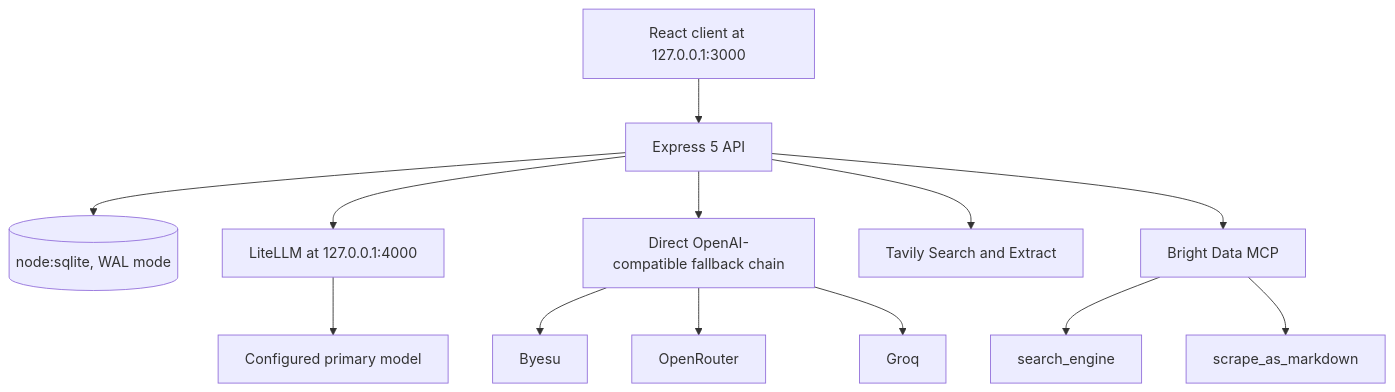
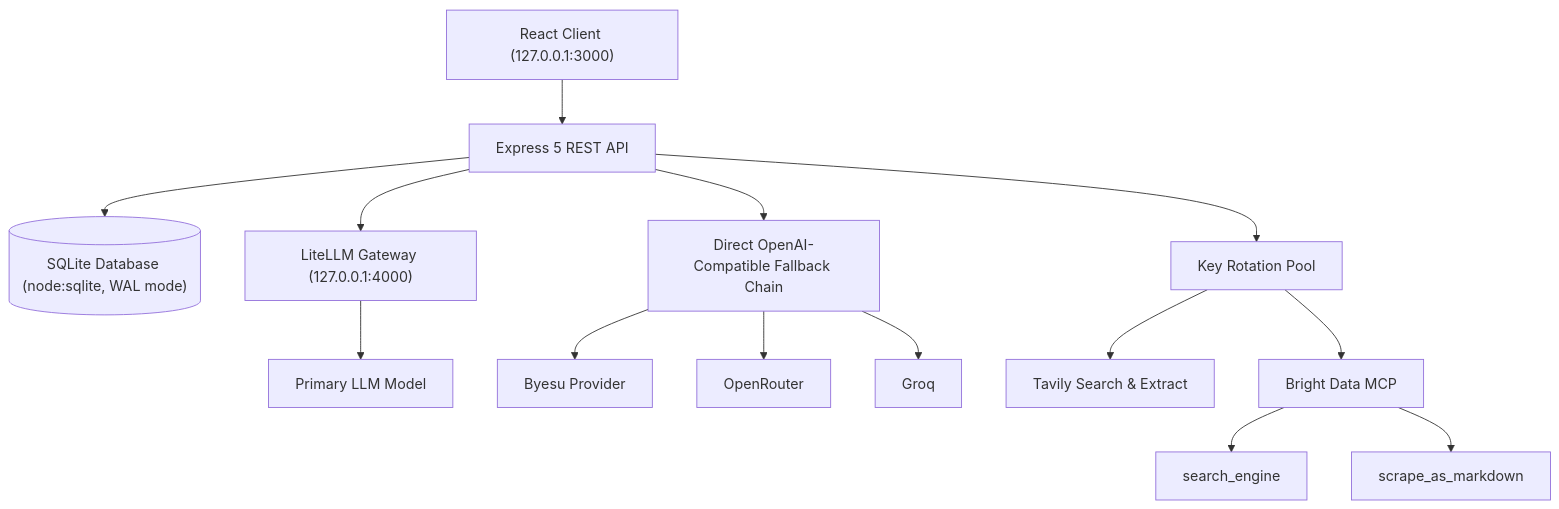
The second of 2 diagrams in README.md (AliasHolmes/Apex-CRM), drawn with Mermaid before and after one commit. The commit also changed other lines of this file and 17 other files, not shown here.

First line of the commit message:
feat: Enhance company intent enrichment and database schema

````diff
--- a/README.md
+++ b/README.md
@@ -63,17 +94,18 @@
 ```mermaid
 graph TD
-    UI[React client at 127.0.0.1:3000] --> API[Express 5 API]
-    API --> DB[(node:sqlite, WAL mode)]
+    UI["React Client (127.0.0.1:3000)"] --> API["Express 5 REST API"]
+    API --> DB[("SQLite Database (node:sqlite, WAL mode)")]
 
-    API --> Gateway[LiteLLM at 127.0.0.1:4000]
-    API --> Direct[Direct OpenAI-compatible fallback chain]
-    Gateway --> Primary[Configured primary model]
-    Direct --> Byesu[Byesu]
-    Direct --> OpenRouter[OpenRouter]
-    Direct --> Groq[Groq]
+    API --> Gateway["LiteLLM Gateway (127.0.0.1:4000)"]
+    API --> Direct["Direct OpenAI-Compatible Fallback Chain"]
+    Gateway --> Primary["Primary LLM Model"]
+    Direct --> Byesu["Byesu Provider"]
+    Direct --> OpenRouter["OpenRouter"]
+    Direct --> Groq["Groq"]
 
-    API --> Tavily[Tavily Search and Extract]
-    API --> MCP[Bright Data MCP]
-    MCP --> Search[search_engine]
-    MCP --> Scrape[scrape_as_markdown]
+    API --> KeyRotator["Key Rotation Pool"]
+    KeyRotator --> Tavily["Tavily Search & Extract"]
+    KeyRotator --> MCP["Bright Data MCP"]
+    MCP --> BDSearch["search_engine"]
+    MCP --> BDScrape["scrape_as_markdown"]
 ```
````
